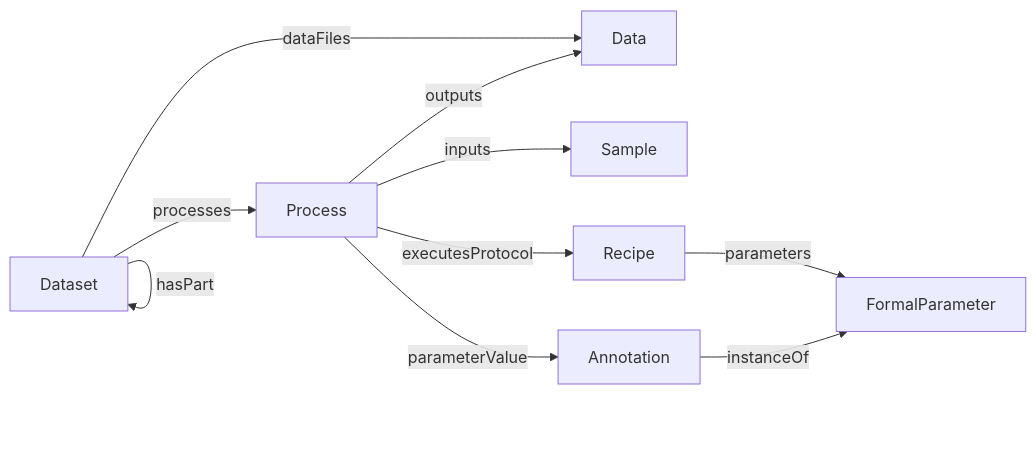
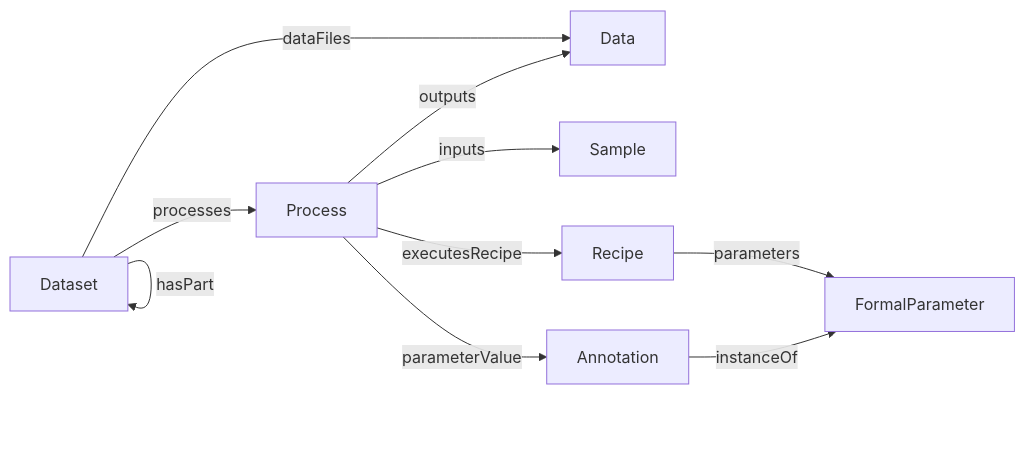
One commit to HLWeil/ProcessCore changed the diagram in docs/spec/process_core/overview.md. Above: the diagram before and after it, drawn with Mermaid. The commit also changed other lines of this file and 46 other files, not shown here.

````diff
--- a/docs/spec/process_core/overview.md
+++ b/docs/spec/process_core/overview.md
@@ -27,12 +27,12 @@
 ```mermaid
 flowchart LR
     Dataset --processes--> Process
     Dataset --dataFiles--> Data
     Dataset --hasPart--> Dataset
     Process --inputs--> Sample
     Process --"outputs"--> Data
-    Process --executesProtocol--> Recipe
+    Process --executesRecipe--> Recipe
     Process --parameterValue--> Annotation
     Recipe --parameters--> FormalParameter
     Annotation --instanceOf--> FormalParameter
 ```
````
